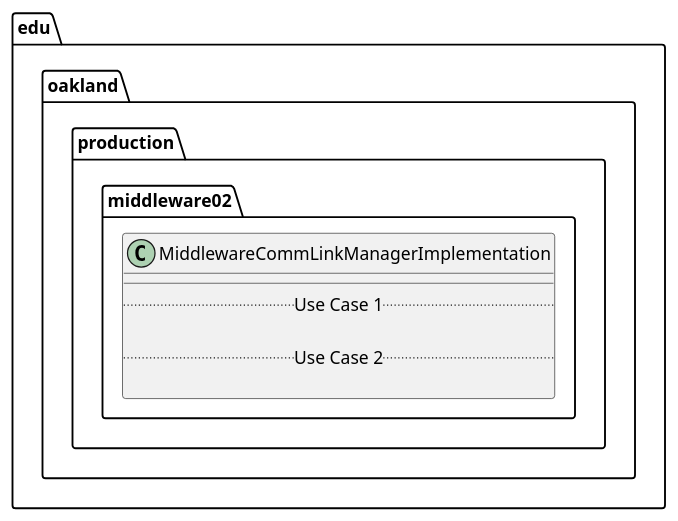
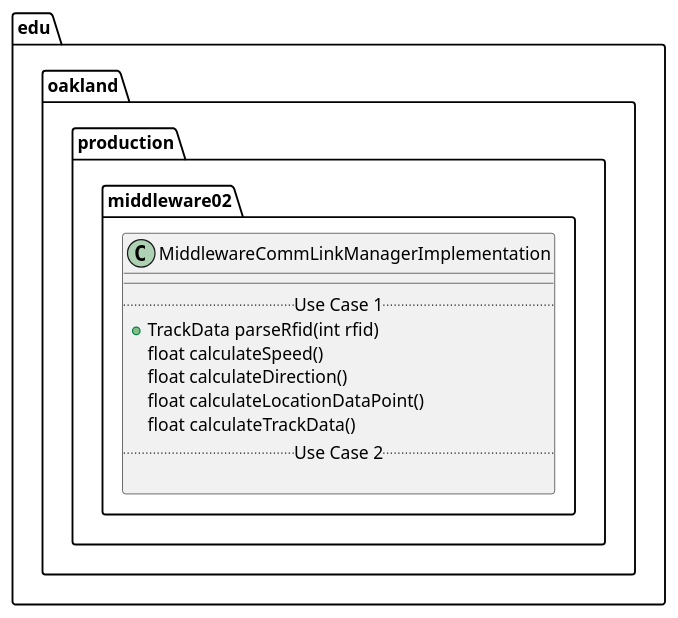
Before and after one commit to andrewdimmer/csi-3370-software-project: the diagram in docs/uml-class-diagrams/middleware02/production/MiddlewareCommLinkManagerImplementation/MiddlewareCommLinkManagerImplementation.puml, drawn with PlantUML. The commit also changed 2 other files, not shown here.

```diff
--- a/docs/uml-class-diagrams/middleware02/production/MiddlewareCommLinkManagerImplementation/MiddlewareCommLinkManagerImplementation.puml
+++ b/docs/uml-class-diagrams/middleware02/production/MiddlewareCommLinkManagerImplementation/MiddlewareCommLinkManagerImplementation.puml
@@ -1,13 +1,17 @@
 @startuml MiddlewareCommLinkManagerImplementation
 
 package edu.oakland.production.middleware02 {
     class MiddlewareCommLinkManagerImplementation {
         __
         .. Use Case 1 ..
-
+        + TrackData parseRfid(int rfid)
+        float calculateSpeed()
+        float calculateDirection()
+        float calculateLocationDataPoint()
+        float calculateTrackData()
         .. Use Case 2 ..
 
     }
 }
 
 @enduml
```
